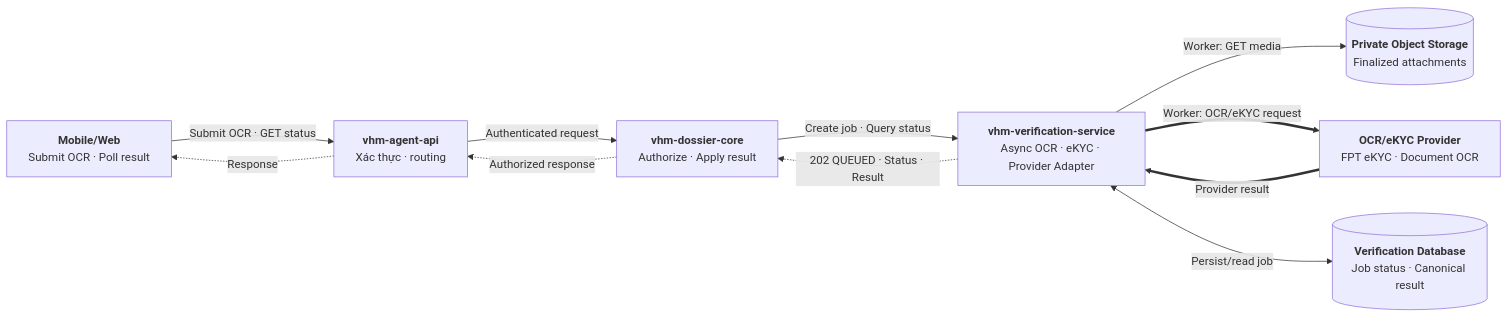
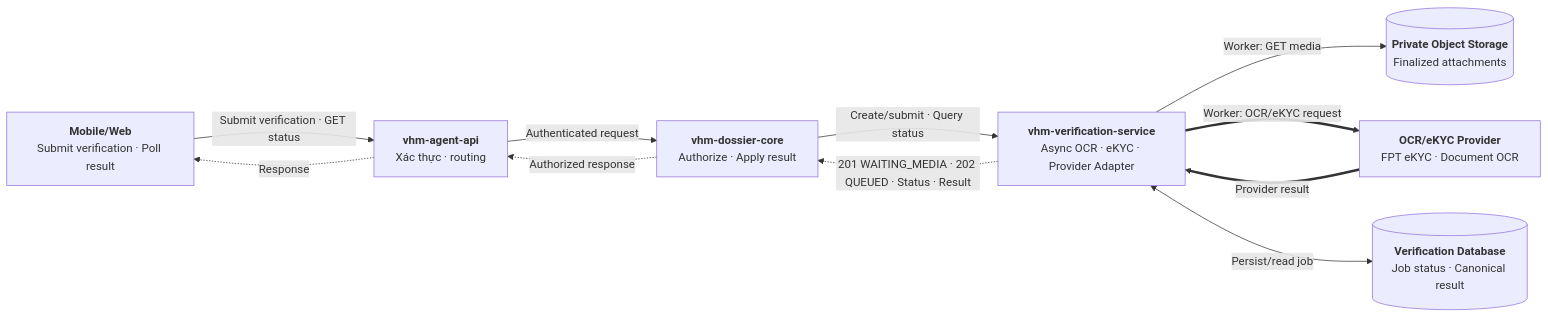
The second of 6 diagrams in noxh.md (huynv-xyz/vhm), drawn with Mermaid before and after one commit. The commit also changed other lines of this file, not shown here.

````diff
--- a/noxh.md
+++ b/noxh.md
@@ -97,30 +101,30 @@
 ```mermaid
 flowchart LR
     CLIENT["`**Mobile/Web**
-Submit OCR · Poll result`"]
+Submit verification · Poll result`"]
     BFF["`**vhm-agent-api**
 Xác thực · routing`"]
     DOSSIER["`**vhm-dossier-core**
 Authorize · Apply result`"]
     VERIFY["`**vhm-verification-service**
 Async OCR · eKYC · Provider Adapter`"]
     MEDIA[("`**Private Object Storage**
 Finalized attachments`")]
     PROVIDER["`**OCR/eKYC Provider**
 FPT eKYC · Document OCR`"]
     DB[("`**Verification Database**
 Job status · Canonical result`")]
 
-    CLIENT -->|"Submit OCR · GET status"| BFF
+    CLIENT -->|"Submit verification · GET status"| BFF
     BFF -->|"Authenticated request"| DOSSIER
-    DOSSIER -->|"Create job · Query status"| VERIFY
+    DOSSIER -->|"Create/submit · Query status"| VERIFY
 
     VERIFY -->|"Worker: GET media"| MEDIA
     VERIFY ==>|"Worker: OCR/eKYC request"| PROVIDER
     PROVIDER ==>|"Provider result"| VERIFY
     VERIFY <-->|"Persist/read job"| DB
 
-    VERIFY -.->|"202 QUEUED · Status · Result"| DOSSIER
+    VERIFY -.->|"201 WAITING_MEDIA · 202 QUEUED · Status · Result"| DOSSIER
     DOSSIER -.->|"Authorized response"| BFF
     BFF -.->|"Response"| CLIENT
 ```
````
